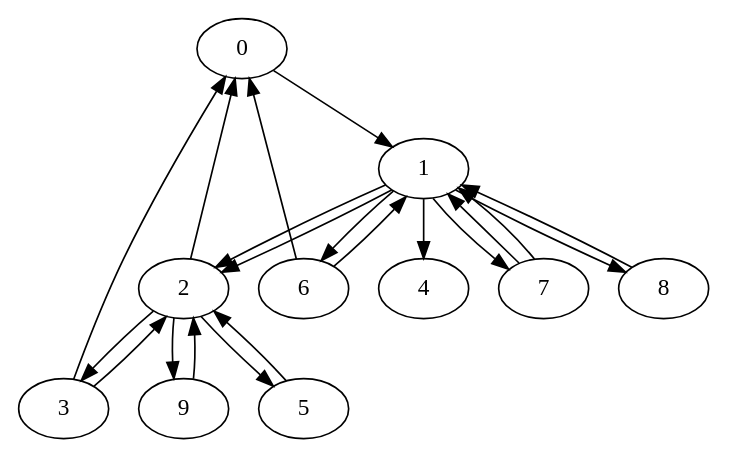
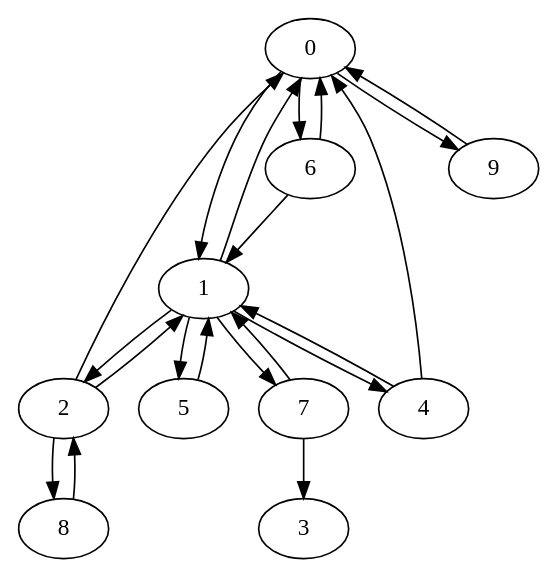
One commit to HennyJie/CS570-DataMining changed the diagram in hw4/dot_file/graph3.dot. Above: the diagram before and after it, drawn with Graphviz. The commit also changed 9 other files, not shown here.

Commit message:
generated graphs

```diff
--- a/hw4/dot_file/graph3.dot
+++ b/hw4/dot_file/graph3.dot
@@ -1,22 +1,22 @@
-digraph "" {
-	0 -> 1;
-	1 -> 2;
-	1 -> 2;
-	1 -> 4;
-	1 -> 6;
-	1 -> 7;
-	1 -> 8;
-	2 -> 0;
-	2 -> 3;
-	2 -> 5;
-	2 -> 9;
-	3 -> 0;
-	3 -> 2;
-	5 -> 2;
-	6 -> 0;
-	6 -> 1;
-	7 -> 1;
-	7 -> 1;
-	8 -> 1;
-	9 -> 2;
+digraph {
+0 -> 1 
+0 -> 6 
+0 -> 9 
+1 -> 0 
+1 -> 2 
+1 -> 4 
+1 -> 5 
+1 -> 7 
+2 -> 0 
+2 -> 1 
+2 -> 8 
+4 -> 0 
+4 -> 1 
+5 -> 1 
+6 -> 0 
+6 -> 1 
+7 -> 1 
+7 -> 3 
+8 -> 2 
+9 -> 0 
 }
```
